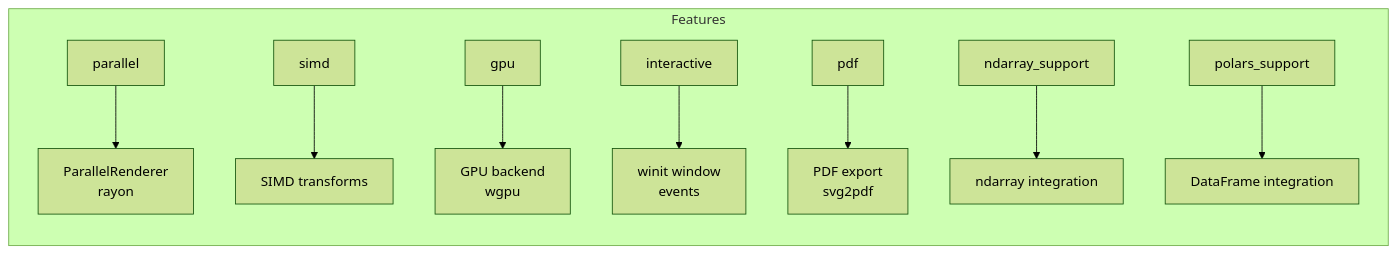
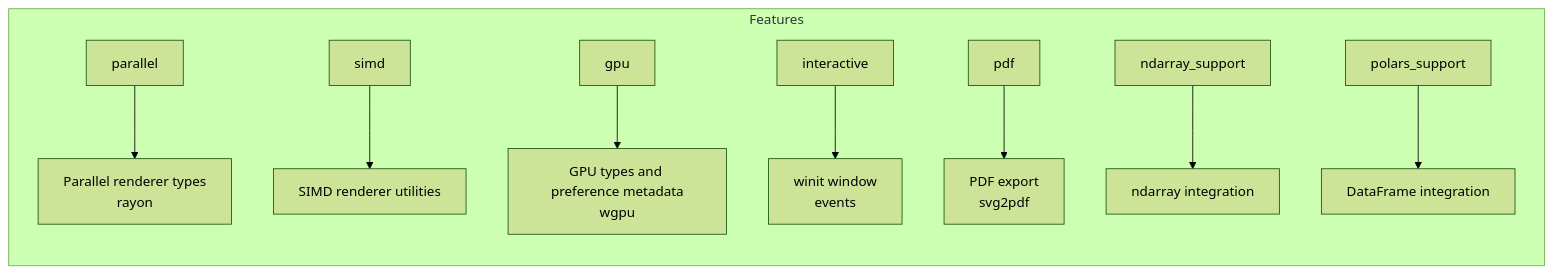
The seventh of 7 diagrams in docs/ARCHITECTURE.md (Ameyanagi/ruviz), drawn with Mermaid (forest theme) before and after one commit. The commit also changed other lines of this file and 80 other files, not shown here.

````diff
--- a/docs/ARCHITECTURE.md
+++ b/docs/ARCHITECTURE.md
@@ -279,12 +305,12 @@
 ```mermaid
 graph LR
     subgraph Features
-        A[parallel] --> B[ParallelRenderer<br/>rayon]
-        C[simd] --> D[SIMD transforms]
-        E[gpu] --> F[GPU backend<br/>wgpu]
+        A[parallel] --> B[Parallel renderer types<br/>rayon]
+        C[simd] --> D[SIMD renderer utilities]
+        E[gpu] --> F[GPU types and preference metadata<br/>wgpu]
         G[interactive] --> H[winit window<br/>events]
         I[pdf] --> J[PDF export<br/>svg2pdf]
         K[ndarray_support] --> L[ndarray integration]
         M[polars_support] --> N[DataFrame integration]
     end
 ```
````
